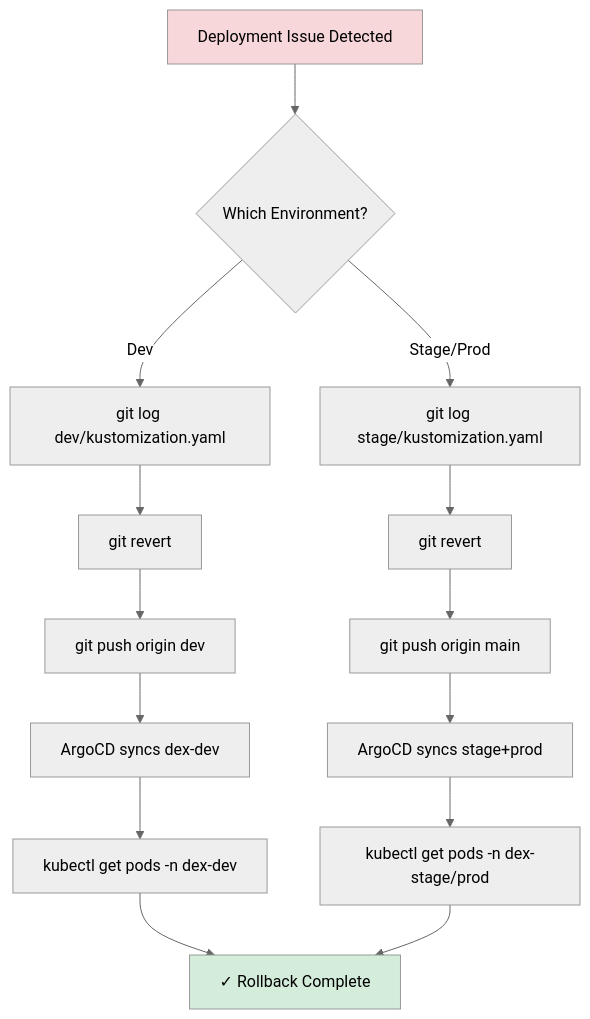
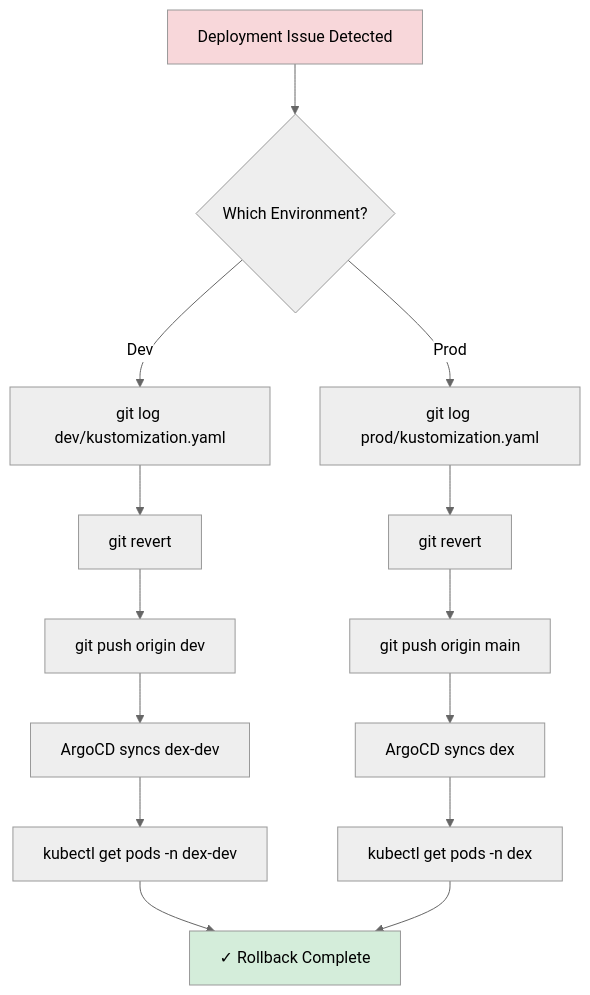
Before and after one commit to data-literate/DEX: the fourth of 4 diagrams in docs/DEPLOY_RUNBOOK.md, drawn with Mermaid (neutral theme). The commit also changed other lines of this file and 23 other files, not shown here.

````diff
--- a/docs/DEPLOY_RUNBOOK.md
+++ b/docs/DEPLOY_RUNBOOK.md
@@ -120,23 +111,23 @@
 ```mermaid
 graph TD
     Start[Deployment Issue Detected] --> Decision{Which Environment?}
 
     Decision -->|Dev| DevLog["git log dev/kustomization.yaml"]
-    Decision -->|Stage/Prod| MainLog["git log stage/kustomization.yaml"]
+    Decision -->|Prod| MainLog["git log prod/kustomization.yaml"]
 
     DevLog --> DevRevert["git revert <commit-sha>"]
     DevRevert --> DevPush["git push origin dev"]
     DevPush --> DevArgo[ArgoCD syncs dex-dev]
     DevArgo --> DevVerify["kubectl get pods -n dex-dev"]
 
     MainLog --> MainRevert["git revert <commit-sha>"]
     MainRevert --> MainPush["git push origin main"]
-    MainPush --> MainArgo[ArgoCD syncs stage+prod]
-    MainArgo --> MainVerify["kubectl get pods -n dex-stage/prod"]
+    MainPush --> MainArgo[ArgoCD syncs dex]
+    MainArgo --> MainVerify["kubectl get pods -n dex"]
 
     DevVerify --> End[✓ Rollback Complete]
     MainVerify --> End
 
     style Start fill:#f8d7da
     style End fill:#d4edda
 ```
````
